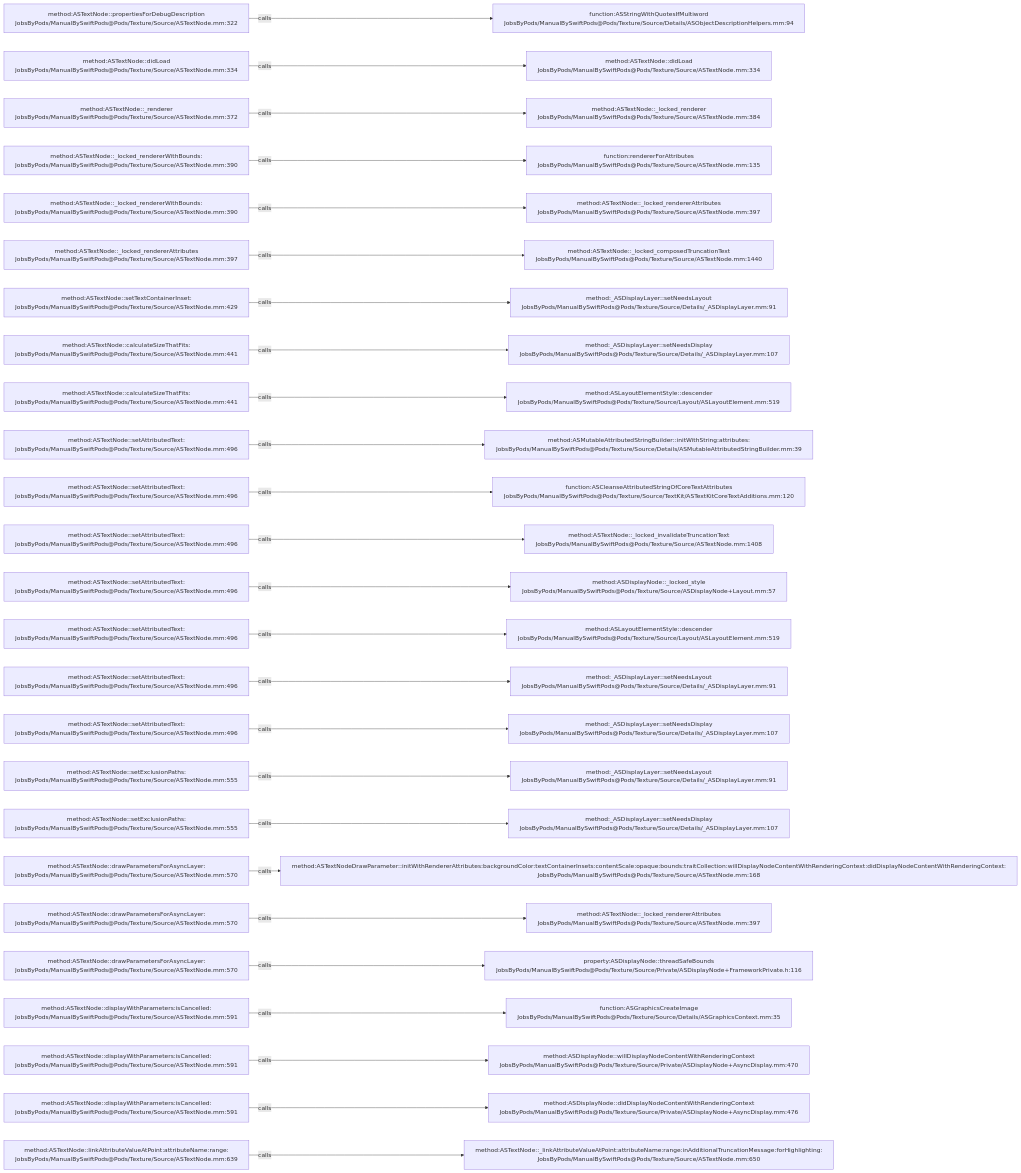
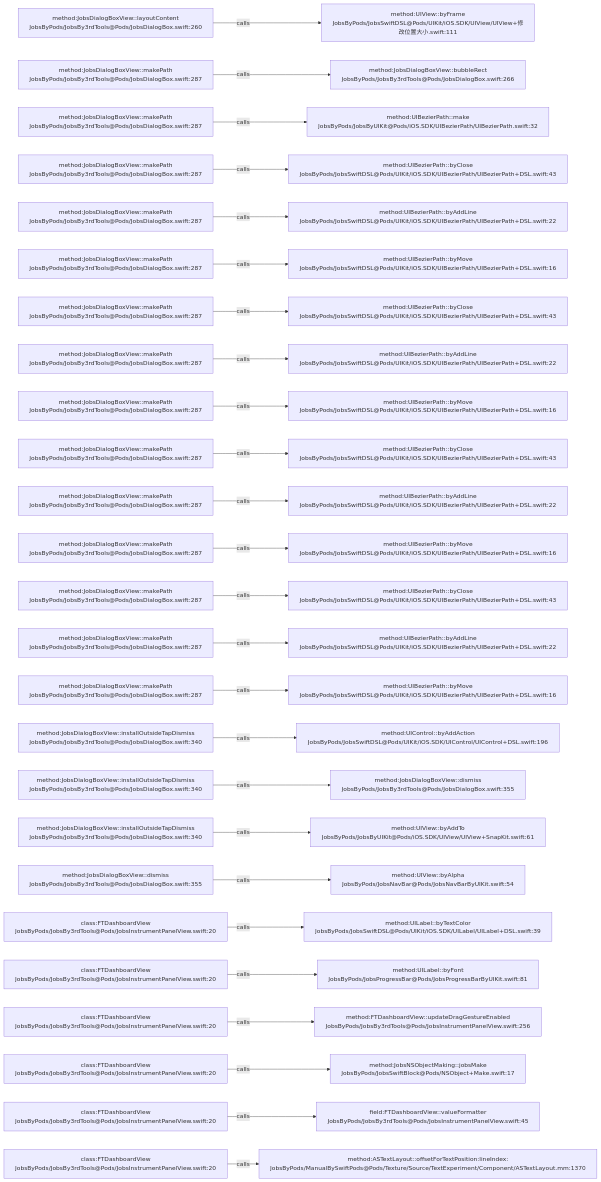
One commit to JobsKits/JobsSwiftBaseConfigDemo changed the diagram in .codegraph/codegraph.md/graphs/calls-066.md. Above: the diagram before and after it, drawn with Mermaid. The commit also changed 224 other files, not shown here.

````diff
--- a/.codegraph/codegraph.md/graphs/calls-066.md
+++ b/.codegraph/codegraph.md/graphs/calls-066.md
@@ -13,78 +13,78 @@
 ```mermaid
 flowchart LR
-  S1["method:ASTextNode::propertiesForDebugDescription<br/>JobsByPods/ManualBySwiftPods@Pods/Texture/Source/ASTextNode.mm:322"]
-  T1["function:ASStringWithQuotesIfMultiword<br/>JobsByPods/ManualBySwiftPods@Pods/Texture/Source/Details/ASObjectDescriptionHelpers.mm:94"]
+  S1["method:JobsDialogBoxView::layoutContent<br/>JobsByPods/JobsBy3rdTools@Pods/JobsDialogBox.swift:260"]
+  T1["method:UIView::byFrame<br/>JobsByPods/JobsSwiftDSL@Pods/UIKit/iOS.SDK/UIView/UIView+修改位置大小.swift:111"]
   S1 -->|calls| T1
-  S2["method:ASTextNode::didLoad<br/>JobsByPods/ManualBySwiftPods@Pods/Texture/Source/ASTextNode.mm:334"]
-  T2["method:ASTextNode::didLoad<br/>JobsByPods/ManualBySwiftPods@Pods/Texture/Source/ASTextNode.mm:334"]
+  S2["method:JobsDialogBoxView::makePath<br/>JobsByPods/JobsBy3rdTools@Pods/JobsDialogBox.swift:287"]
+  T2["method:JobsDialogBoxView::bubbleRect<br/>JobsByPods/JobsBy3rdTools@Pods/JobsDialogBox.swift:266"]
   S2 -->|calls| T2
-  S3["method:ASTextNode::_renderer<br/>JobsByPods/ManualBySwiftPods@Pods/Texture/Source/ASTextNode.mm:372"]
-  T3["method:ASTextNode::_locked_renderer<br/>JobsByPods/ManualBySwiftPods@Pods/Texture/Source/ASTextNode.mm:384"]
+  S3["method:JobsDialogBoxView::makePath<br/>JobsByPods/JobsBy3rdTools@Pods/JobsDialogBox.swift:287"]
+  T3["method:UIBezierPath::make<br/>JobsByPods/JobsByUIKit@Pods/iOS.SDK/UIBezierPath/UIBezierPath.swift:32"]
   S3 -->|calls| T3
-  S4["method:ASTextNode::_locked_rendererWithBounds:<br/>JobsByPods/ManualBySwiftPods@Pods/Texture/Source/ASTextNode.mm:390"]
-  T4["function:rendererForAttributes<br/>JobsByPods/ManualBySwiftPods@Pods/Texture/Source/ASTextNode.mm:135"]
+  S4["method:JobsDialogBoxView::makePath<br/>JobsByPods/JobsBy3rdTools@Pods/JobsDialogBox.swift:287"]
+  T4["method:UIBezierPath::byClose<br/>JobsByPods/JobsSwiftDSL@Pods/UIKit/iOS.SDK/UIBezierPath/UIBezierPath+DSL.swift:43"]
   S4 -->|calls| T4
-  S5["method:ASTextNode::_locked_rendererWithBounds:<br/>JobsByPods/ManualBySwiftPods@Pods/Texture/Source/ASTextNode.mm:390"]
-  T5["method:ASTextNode::_locked_rendererAttributes<br/>JobsByPods/ManualBySwiftPods@Pods/Texture/Source/ASTextNode.mm:397"]
+  S5["method:JobsDialogBoxView::makePath<br/>JobsByPods/JobsBy3rdTools@Pods/JobsDialogBox.swift:287"]
+  T5["method:UIBezierPath::byAddLine<br/>JobsByPods/JobsSwiftDSL@Pods/UIKit/iOS.SDK/UIBezierPath/UIBezierPath+DSL.swift:22"]
   S5 -->|calls| T5
-  S6["method:ASTextNode::_locked_rendererAttributes<br/>JobsByPods/ManualBySwiftPods@Pods/Texture/Source/ASTextNode.mm:397"]
-  T6["method:ASTextNode::_locked_composedTruncationText<br/>JobsByPods/ManualBySwiftPods@Pods/Texture/Source/ASTextNode.mm:1440"]
+  S6["method:JobsDialogBoxView::makePath<br/>JobsByPods/JobsBy3rdTools@Pods/JobsDialogBox.swift:287"]
+  T6["method:UIBezierPath::byMove<br/>JobsByPods/JobsSwiftDSL@Pods/UIKit/iOS.SDK/UIBezierPath/UIBezierPath+DSL.swift:16"]
   S6 -->|calls| T6
-  S7["method:ASTextNode::setTextContainerInset:<br/>JobsByPods/ManualBySwiftPods@Pods/Texture/Source/ASTextNode.mm:429"]
-  T7["method:_ASDisplayLayer::setNeedsLayout<br/>JobsByPods/ManualBySwiftPods@Pods/Texture/Source/Details/_ASDisplayLayer.mm:91"]
+  S7["method:JobsDialogBoxView::makePath<br/>JobsByPods/JobsBy3rdTools@Pods/JobsDialogBox.swift:287"]
+  T7["method:UIBezierPath::byClose<br/>JobsByPods/JobsSwiftDSL@Pods/UIKit/iOS.SDK/UIBezierPath/UIBezierPath+DSL.swift:43"]
   S7 -->|calls| T7
-  S8["method:ASTextNode::calculateSizeThatFits:<br/>JobsByPods/ManualBySwiftPods@Pods/Texture/Source/ASTextNode.mm:441"]
-  T8["method:_ASDisplayLayer::setNeedsDisplay<br/>JobsByPods/ManualBySwiftPods@Pods/Texture/Source/Details/_ASDisplayLayer.mm:107"]
+  S8["method:JobsDialogBoxView::makePath<br/>JobsByPods/JobsBy3rdTools@Pods/JobsDialogBox.swift:287"]
+  T8["method:UIBezierPath::byAddLine<br/>JobsByPods/JobsSwiftDSL@Pods/UIKit/iOS.SDK/UIBezierPath/UIBezierPath+DSL.swift:22"]
   S8 -->|calls| T8
-  S9["method:ASTextNode::calculateSizeThatFits:<br/>JobsByPods/ManualBySwiftPods@Pods/Texture/Source/ASTextNode.mm:441"]
-  T9["method:ASLayoutElementStyle::descender<br/>JobsByPods/ManualBySwiftPods@Pods/Texture/Source/Layout/ASLayoutElement.mm:519"]
+  S9["method:JobsDialogBoxView::makePath<br/>JobsByPods/JobsBy3rdTools@Pods/JobsDialogBox.swift:287"]
+  T9["method:UIBezierPath::byMove<br/>JobsByPods/JobsSwiftDSL@Pods/UIKit/iOS.SDK/UIBezierPath/UIBezierPath+DSL.swift:16"]
   S9 -->|calls| T9
-  S10["method:ASTextNode::setAttributedText:<br/>JobsByPods/ManualBySwiftPods@Pods/Texture/Source/ASTextNode.mm:496"]
-  T10["method:ASMutableAttributedStringBuilder::initWithString:attributes:<br/>JobsByPods/ManualBySwiftPods@Pods/Texture/Source/Details/ASMutableAttributedStringBuilder.mm:39"]
+  S10["method:JobsDialogBoxView::makePath<br/>JobsByPods/JobsBy3rdTools@Pods/JobsDialogBox.swift:287"]
+  T10["method:UIBezierPath::byClose<br/>JobsByPods/JobsSwiftDSL@Pods/UIKit/iOS.SDK/UIBezierPath/UIBezierPath+DSL.swift:43"]
   S10 -->|calls| T10
-  S11["method:ASTextNode::setAttributedText:<br/>JobsByPods/ManualBySwiftPods@Pods/Texture/Source/ASTextNode.mm:496"]
-  T11["function:ASCleanseAttributedStringOfCoreTextAttributes<br/>JobsByPods/ManualBySwiftPods@Pods/Texture/Source/TextKit/ASTextKitCoreTextAdditions.mm:120"]
+  S11["method:JobsDialogBoxView::makePath<br/>JobsByPods/JobsBy3rdTools@Pods/JobsDialogBox.swift:287"]
+  T11["method:UIBezierPath::byAddLine<br/>JobsByPods/JobsSwiftDSL@Pods/UIKit/iOS.SDK/UIBezierPath/UIBezierPath+DSL.swift:22"]
   S11 -->|calls| T11
-  S12["method:ASTextNode::setAttributedText:<br/>JobsByPods/ManualBySwiftPods@Pods/Texture/Source/ASTextNode.mm:496"]
-  T12["method:ASTextNode::_locked_invalidateTruncationText<br/>JobsByPods/ManualBySwiftPods@Pods/Texture/Source/ASTextNode.mm:1408"]
+  S12["method:JobsDialogBoxView::makePath<br/>JobsByPods/JobsBy3rdTools@Pods/JobsDialogBox.swift:287"]
+  T12["method:UIBezierPath::byMove<br/>JobsByPods/JobsSwiftDSL@Pods/UIKit/iOS.SDK/UIBezierPath/UIBezierPath+DSL.swift:16"]
   S12 -->|calls| T12
-  S13["method:ASTextNode::setAttributedText:<br/>JobsByPods/ManualBySwiftPods@Pods/Texture/Source/ASTextNode.mm:496"]
-  T13["method:ASDisplayNode::_locked_style<br/>JobsByPods/ManualBySwiftPods@Pods/Texture/Source/ASDisplayNode+Layout.mm:57"]
+  S13["method:JobsDialogBoxView::makePath<br/>JobsByPods/JobsBy3rdTools@Pods/JobsDialogBox.swift:287"]
+  T13["method:UIBezierPath::byClose<br/>JobsByPods/JobsSwiftDSL@Pods/UIKit/iOS.SDK/UIBezierPath/UIBezierPath+DSL.swift:43"]
   S13 -->|calls| T13
-  S14["method:ASTextNode::setAttributedText:<br/>JobsByPods/ManualBySwiftPods@Pods/Texture/Source/ASTextNode.mm:496"]
-  T14["method:ASLayoutElementStyle::descender<br/>JobsByPods/ManualBySwiftPods@Pods/Texture/Source/Layout/ASLayoutElement.mm:519"]
+  S14["method:JobsDialogBoxView::makePath<br/>JobsByPods/JobsBy3rdTools@Pods/JobsDialogBox.swift:287"]
+  T14["method:UIBezierPath::byAddLine<br/>JobsByPods/JobsSwiftDSL@Pods/UIKit/iOS.SDK/UIBezierPath/UIBezierPath+DSL.swift:22"]
   S14 -->|calls| T14
-  S15["method:ASTextNode::setAttributedText:<br/>JobsByPods/ManualBySwiftPods@Pods/Texture/Source/ASTextNode.mm:496"]
-  T15["method:_ASDisplayLayer::setNeedsLayout<br/>JobsByPods/ManualBySwiftPods@Pods/Texture/Source/Details/_ASDisplayLayer.mm:91"]
+  S15["method:JobsDialogBoxView::makePath<br/>JobsByPods/JobsBy3rdTools@Pods/JobsDialogBox.swift:287"]
+  T15["method:UIBezierPath::byMove<br/>JobsByPods/JobsSwiftDSL@Pods/UIKit/iOS.SDK/UIBezierPath/UIBezierPath+DSL.swift:16"]
   S15 -->|calls| T15
-  S16["method:ASTextNode::setAttributedText:<br/>JobsByPods/ManualBySwiftPods@Pods/Texture/Source/ASTextNode.mm:496"]
-  T16["method:_ASDisplayLayer::setNeedsDisplay<br/>JobsByPods/ManualBySwiftPods@Pods/Texture/Source/Details/_ASDisplayLayer.mm:107"]
+  S16["method:JobsDialogBoxView::installOutsideTapDismiss<br/>JobsByPods/JobsBy3rdTools@Pods/JobsDialogBox.swift:340"]
+  T16["method:UIControl::byAddAction<br/>JobsByPods/JobsSwiftDSL@Pods/UIKit/iOS.SDK/UIControl/UIControl+DSL.swift:196"]
   S16 -->|calls| T16
-  S17["method:ASTextNode::setExclusionPaths:<br/>JobsByPods/ManualBySwiftPods@Pods/Texture/Source/ASTextNode.mm:555"]
-  T17["method:_ASDisplayLayer::setNeedsLayout<br/>JobsByPods/ManualBySwiftPods@Pods/Texture/Source/Details/_ASDisplayLayer.mm:91"]
+  S17["method:JobsDialogBoxView::installOutsideTapDismiss<br/>JobsByPods/JobsBy3rdTools@Pods/JobsDialogBox.swift:340"]
+  T17["method:JobsDialogBoxView::dismiss<br/>JobsByPods/JobsBy3rdTools@Pods/JobsDialogBox.swift:355"]
   S17 -->|calls| T17
-  S18["method:ASTextNode::setExclusionPaths:<br/>JobsByPods/ManualBySwiftPods@Pods/Texture/Source/ASTextNode.mm:555"]
-  T18["method:_ASDisplayLayer::setNeedsDisplay<br/>JobsByPods/ManualBySwiftPods@Pods/Texture/Source/Details/_ASDisplayLayer.mm:107"]
+  S18["method:JobsDialogBoxView::installOutsideTapDismiss<br/>JobsByPods/JobsBy3rdTools@Pods/JobsDialogBox.swift:340"]
+  T18["method:UIView::byAddTo<br/>JobsByPods/JobsByUIKit@Pods/iOS.SDK/UIView/UIView+SnapKit.swift:61"]
   S18 -->|calls| T18
-  S19["method:ASTextNode::drawParametersForAsyncLayer:<br/>JobsByPods/ManualBySwiftPods@Pods/Texture/Source/ASTextNode.mm:570"]
-  T19["method:ASTextNodeDrawParameter::initWithRendererAttributes:backgroundColor:textContainerInsets:contentScale:opaque:bounds:traitCollection:willDisplayNodeContentWithRenderingContext:didDisplayNodeContentWithRenderingContext:<br/>JobsByPods/ManualBySwiftPods@Pods/Texture/Source/ASTextNode.mm:168"]
+  S19["method:JobsDialogBoxView::dismiss<br/>JobsByPods/JobsBy3rdTools@Pods/JobsDialogBox.swift:355"]
+  T19["method:UIView::byAlpha<br/>JobsByPods/JobsNavBar@Pods/JobsNavBarByUIKit.swift:54"]
   S19 -->|calls| T19
-  S20["method:ASTextNode::drawParametersForAsyncLayer:<br/>JobsByPods/ManualBySwiftPods@Pods/Texture/Source/ASTextNode.mm:570"]
-  T20["method:ASTextNode::_locked_rendererAttributes<br/>JobsByPods/ManualBySwiftPods@Pods/Texture/Source/ASTextNode.mm:397"]
+  S20["class:FTDashboardView<br/>JobsByPods/JobsBy3rdTools@Pods/JobsInstrumentPanelView.swift:20"]
+  T20["method:UILabel::byTextColor<br/>JobsByPods/JobsSwiftDSL@Pods/UIKit/iOS.SDK/UILabel/UILabel+DSL.swift:39"]
   S20 -->|calls| T20
-  S21["method:ASTextNode::drawParametersForAsyncLayer:<br/>JobsByPods/ManualBySwiftPods@Pods/Texture/Source/ASTextNode.mm:570"]
-  T21["property:ASDisplayNode::threadSafeBounds<br/>JobsByPods/ManualBySwiftPods@Pods/Texture/Source/Private/ASDisplayNode+FrameworkPrivate.h:116"]
+  S21["class:FTDashboardView<br/>JobsByPods/JobsBy3rdTools@Pods/JobsInstrumentPanelView.swift:20"]
+  T21["method:UILabel::byFont<br/>JobsByPods/JobsProgressBar@Pods/JobsProgressBarByUIKit.swift:81"]
   S21 -->|calls| T21
-  S22["method:ASTextNode::displayWithParameters:isCancelled:<br/>JobsByPods/ManualBySwiftPods@Pods/Texture/Source/ASTextNode.mm:591"]
-  T22["function:ASGraphicsCreateImage<br/>JobsByPods/ManualBySwiftPods@Pods/Texture/Source/Details/ASGraphicsContext.mm:35"]
+  S22["class:FTDashboardView<br/>JobsByPods/JobsBy3rdTools@Pods/JobsInstrumentPanelView.swift:20"]
+  T22["method:FTDashboardView::updateDragGestureEnabled<br/>JobsByPods/JobsBy3rdTools@Pods/JobsInstrumentPanelView.swift:256"]
   S22 -->|calls| T22
-  S23["method:ASTextNode::displayWithParameters:isCancelled:<br/>JobsByPods/ManualBySwiftPods@Pods/Texture/Source/ASTextNode.mm:591"]
-  T23["method:ASDisplayNode::willDisplayNodeContentWithRenderingContext<br/>JobsByPods/ManualBySwiftPods@Pods/Texture/Source/Private/ASDisplayNode+AsyncDisplay.mm:470"]
+  S23["class:FTDashboardView<br/>JobsByPods/JobsBy3rdTools@Pods/JobsInstrumentPanelView.swift:20"]
+  T23["method:JobsNSObjectMaking::jobsMake<br/>JobsByPods/JobsSwiftBlock@Pods/NSObject+Make.swift:17"]
   S23 -->|calls| T23
-  S24["method:ASTextNode::displayWithParameters:isCancelled:<br/>JobsByPods/ManualBySwiftPods@Pods/Texture/Source/ASTextNode.mm:591"]
-  T24["method:ASDisplayNode::didDisplayNodeContentWithRenderingContext<br/>JobsByPods/ManualBySwiftPods@Pods/Texture/Source/Private/ASDisplayNode+AsyncDisplay.mm:476"]
+  S24["class:FTDashboardView<br/>JobsByPods/JobsBy3rdTools@Pods/JobsInstrumentPanelView.swift:20"]
+  T24["field:FTDashboardView::valueFormatter<br/>JobsByPods/JobsBy3rdTools@Pods/JobsInstrumentPanelView.swift:45"]
   S24 -->|calls| T24
-  S25["method:ASTextNode::linkAttributeValueAtPoint:attributeName:range:<br/>JobsByPods/ManualBySwiftPods@Pods/Texture/Source/ASTextNode.mm:639"]
-  T25["method:ASTextNode::_linkAttributeValueAtPoint:attributeName:range:inAdditionalTruncationMessage:forHighlighting:<br/>JobsByPods/ManualBySwiftPods@Pods/Texture/Source/ASTextNode.mm:650"]
+  S25["class:FTDashboardView<br/>JobsByPods/JobsBy3rdTools@Pods/JobsInstrumentPanelView.swift:20"]
+  T25["method:ASTextLayout::offsetForTextPosition:lineIndex:<br/>JobsByPods/ManualBySwiftPods@Pods/Texture/Source/TextExperiment/Component/ASTextLayout.mm:1370"]
   S25 -->|calls| T25
 ```
````
